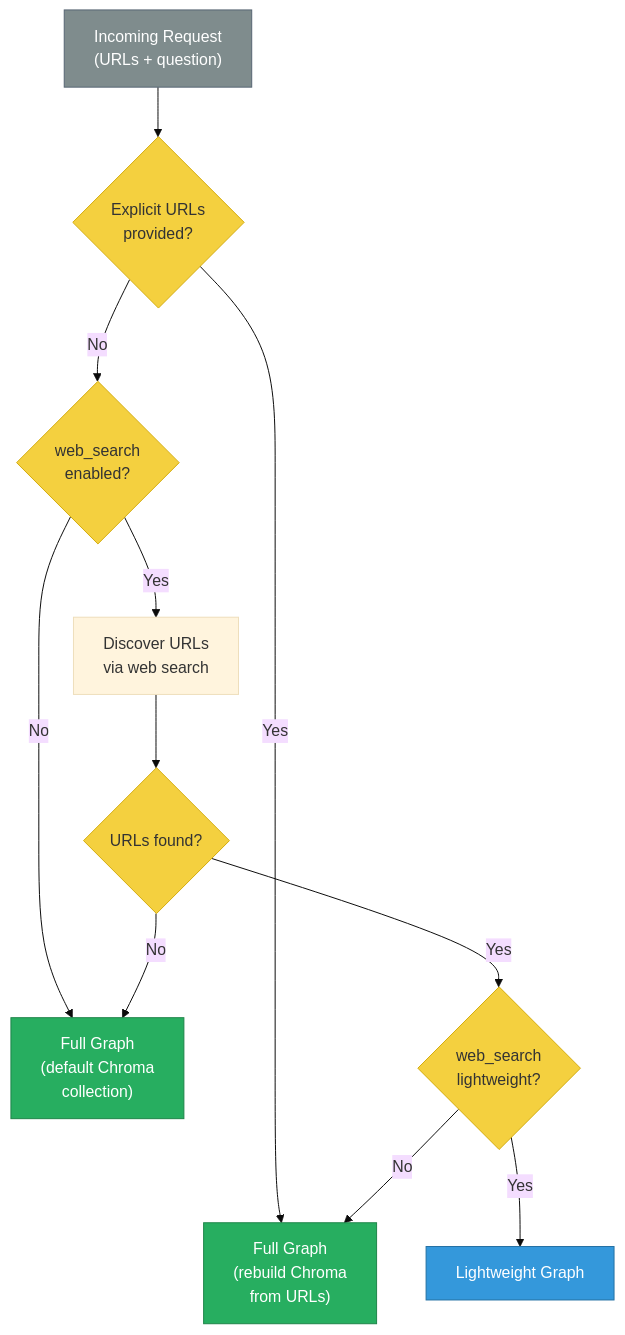
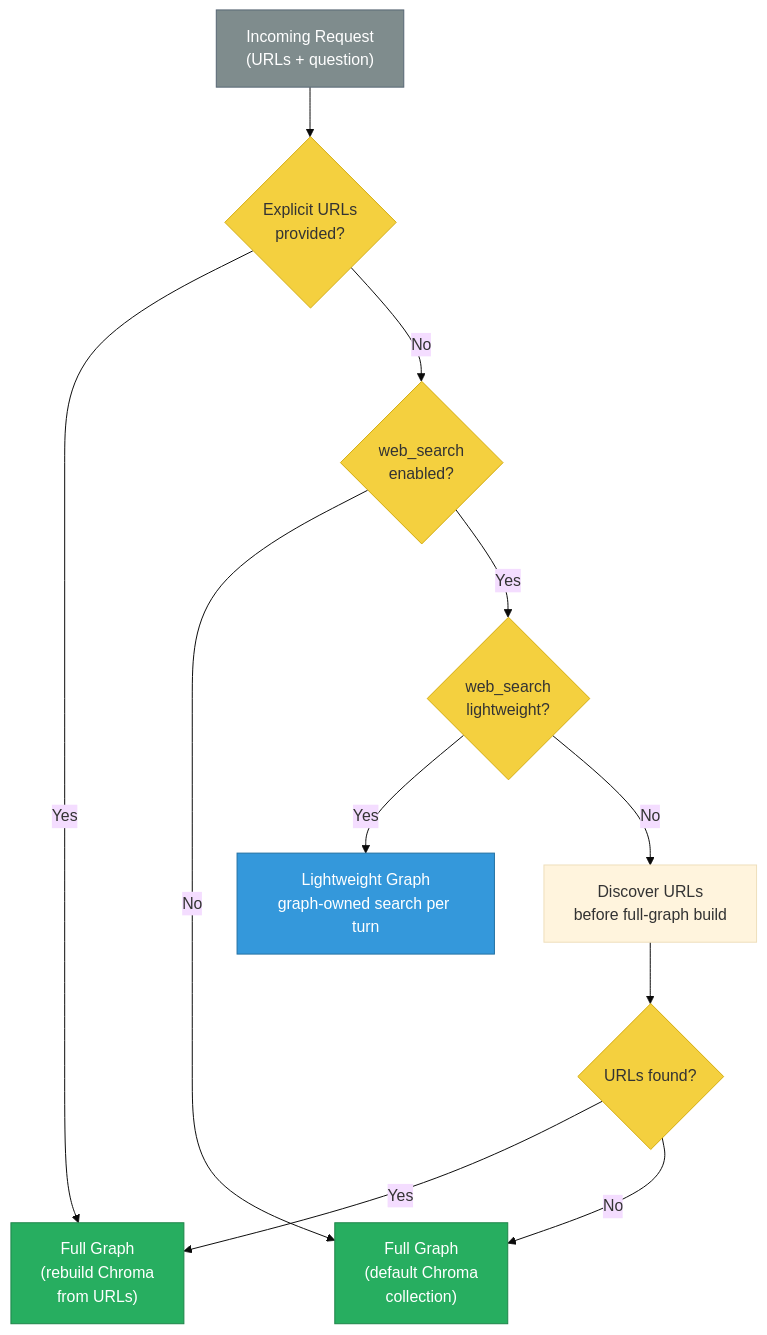
One commit to rishengW/langgraph-rag changed the fourth of 5 diagrams in docs/workflow-graphs.md. Above: the diagram before and after it, drawn with Mermaid (base theme). The commit also changed other lines of this file and 44 other files, not shown here.

````diff
--- a/docs/workflow-graphs.md
+++ b/docs/workflow-graphs.md
@@ -205,26 +230,26 @@
 ```mermaid
 graph TD
     Request["Incoming Request<br/>(URLs + question)"] --> HasURLs{"Explicit URLs<br/>provided?"}
 
     HasURLs -->|"Yes"| FullViaRebuild["Full Graph<br/>(rebuild Chroma<br/>from URLs)"]
     HasURLs -->|"No"| WebEnabled{"web_search<br/>enabled?"}
 
     WebEnabled -->|"No"| FullDefaults["Full Graph<br/>(default Chroma<br/>collection)"]
-    WebEnabled -->|"Yes"| Discover["Discover URLs<br/>via web search"]
+    WebEnabled -->|"Yes"| Lightweight{"web_search<br/>lightweight?"}
+
+    Lightweight -->|"Yes"| LightGraph["Lightweight Graph<br/>graph-owned search per turn"]
+    Lightweight -->|"No"| Discover["Discover URLs<br/>before full-graph build"]
 
     Discover --> FoundURLs{"URLs found?"}
-    FoundURLs -->|"Yes"| Lightweight{"web_search<br/>lightweight?"}
+    FoundURLs -->|"Yes"| FullViaRebuild
     FoundURLs -->|"No"| FullDefaults
-
-    Lightweight -->|"Yes"| LightGraph["Lightweight Graph"]
-    Lightweight -->|"No"| FullViaRebuild
 
     style Request fill:#7F8C8D,stroke:#566573,color:#fff
     style HasURLs fill:#F4D03F,stroke:#D4AC0D,color:#333
     style WebEnabled fill:#F4D03F,stroke:#D4AC0D,color:#333
     style FoundURLs fill:#F4D03F,stroke:#D4AC0D,color:#333
     style Lightweight fill:#F4D03F,stroke:#D4AC0D,color:#333
     style FullViaRebuild fill:#27AE60,stroke:#1E8449,color:#fff
     style FullDefaults fill:#27AE60,stroke:#1E8449,color:#fff
     style LightGraph fill:#3498DB,stroke:#2471A3,color:#fff
 ```
````
